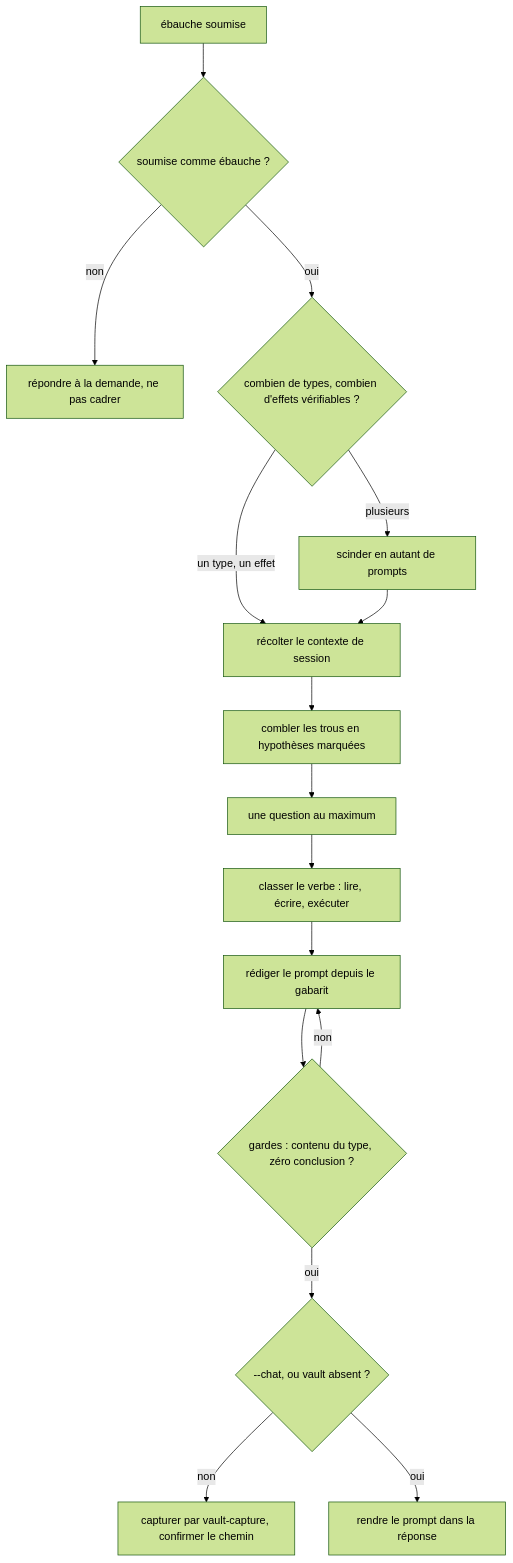
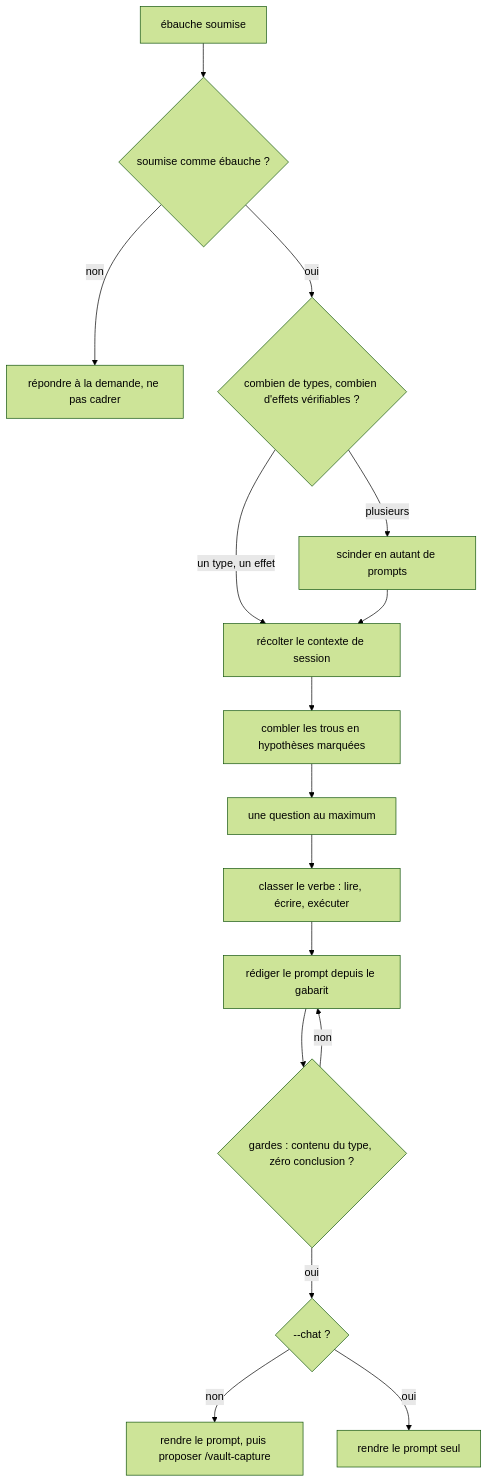
The diagram in skills/cadre-prompt/SKILL.md (kevpdev/agent-config), drawn with Mermaid (forest theme) before and after one commit. The commit also changed other lines of this file, not shown here.

Commit message:
fix(cadre-prompt): offer the vault capture instead of opening it

````diff
--- a/skills/cadre-prompt/SKILL.md
+++ b/skills/cadre-prompt/SKILL.md
@@ -28,18 +28,18 @@
 ```mermaid
 flowchart TD
   A[ébauche soumise] --> B{soumise comme ébauche ?}
   B -->|non| Z[répondre à la demande, ne pas cadrer]
   B -->|oui| C{combien de types, combien d'effets vérifiables ?}
   C -->|plusieurs| D[scinder en autant de prompts]
   C -->|un type, un effet| E[récolter le contexte de session]
   D --> E
   E --> F[combler les trous en hypothèses marquées]
   F --> G[une question au maximum]
   G --> V[classer le verbe : lire, écrire, exécuter]
   V --> H[rédiger le prompt depuis le gabarit]
   H --> I{gardes : contenu du type, zéro conclusion ?}
   I -->|non| H
-  I -->|oui| J{--chat, ou vault absent ?}
-  J -->|non| K[capturer par vault-capture, confirmer le chemin]
-  J -->|oui| L[rendre le prompt dans la réponse]
+  I -->|oui| J{--chat ?}
+  J -->|non| K[rendre le prompt, puis proposer /vault-capture]
+  J -->|oui| L[rendre le prompt seul]
 ```
````
